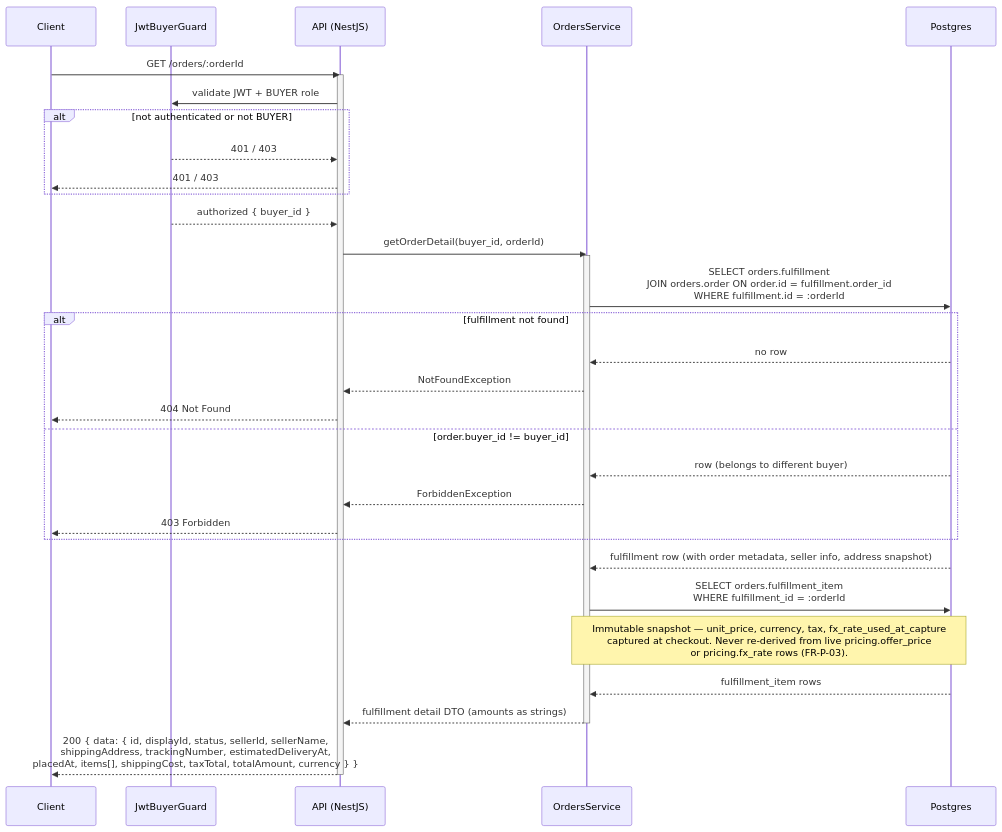
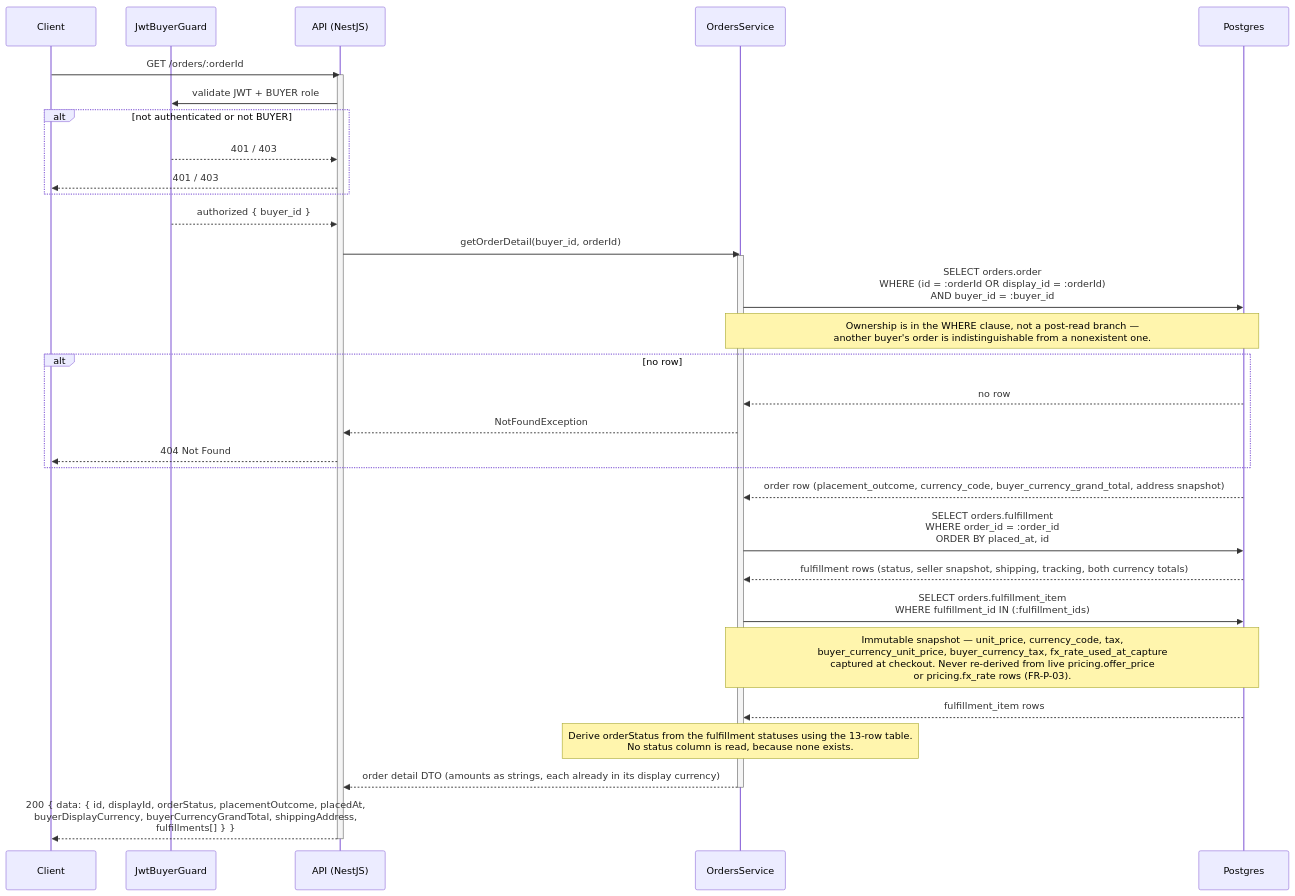
The third of 3 diagrams in phase-1/technical-design/api-design/orders.md (alisa-uthi/aliceut-ecom-document), drawn with Mermaid before and after one commit. The commit also changed other lines of this file and 73 other files, not shown here.

````diff
--- a/phase-1/technical-design/api-design/orders.md
+++ b/phase-1/technical-design/api-design/orders.md
@@ -388,37 +572,37 @@
 ```mermaid
 sequenceDiagram
     participant C as Client
     participant G as JwtBuyerGuard
     participant A as API (NestJS)
     participant O as OrdersService
     participant P as Postgres
 
     C->>A: GET /orders/:orderId
     activate A
     A->>G: validate JWT + BUYER role
     alt not authenticated or not BUYER
         G-->>A: 401 / 403
         A-->>C: 401 / 403
     end
     G-->>A: authorized { buyer_id }
     A->>O: getOrderDetail(buyer_id, orderId)
     activate O
-    O->>P: SELECT orders.fulfillment<br/>JOIN orders.order ON order.id = fulfillment.order_id<br/>WHERE fulfillment.id = :orderId
-    alt fulfillment not found
+    O->>P: SELECT orders.order<br/>WHERE (id = :orderId OR display_id = :orderId)<br/>AND buyer_id = :buyer_id
+    Note over O,P: Ownership is in the WHERE clause, not a post-read branch —<br/>another buyer's order is indistinguishable from a nonexistent one.
+    alt no row
         P-->>O: no row
         O-->>A: NotFoundException
         A-->>C: 404 Not Found
-    else order.buyer_id != buyer_id
-        P-->>O: row (belongs to different buyer)
-        O-->>A: ForbiddenException
-        A-->>C: 403 Forbidden
     end
-    P-->>O: fulfillment row (with order metadata, seller info, address snapshot)
-    O->>P: SELECT orders.fulfillment_item<br/>WHERE fulfillment_id = :orderId
-    Note over O,P: Immutable snapshot — unit_price, currency, tax, fx_rate_used_at_capture<br/>captured at checkout. Never re-derived from live pricing.offer_price<br/>or pricing.fx_rate rows (FR-P-03).
+    P-->>O: order row (placement_outcome, currency_code, buyer_currency_grand_total, address snapshot)
+    O->>P: SELECT orders.fulfillment<br/>WHERE order_id = :order_id<br/>ORDER BY placed_at, id
+    P-->>O: fulfillment rows (status, seller snapshot, shipping, tracking, both currency totals)
+    O->>P: SELECT orders.fulfillment_item<br/>WHERE fulfillment_id IN (:fulfillment_ids)
+    Note over O,P: Immutable snapshot — unit_price, currency_code, tax,<br/>buyer_currency_unit_price, buyer_currency_tax, fx_rate_used_at_capture<br/>captured at checkout. Never re-derived from live pricing.offer_price<br/>or pricing.fx_rate rows (FR-P-03).
     P-->>O: fulfillment_item rows
-    O-->>A: fulfillment detail DTO (amounts as strings)
+    Note over O: Derive orderStatus from the fulfillment statuses using the 13-row table.<br/>No status column is read, because none exists.
+    O-->>A: order detail DTO (amounts as strings, each already in its display currency)
     deactivate O
-    A-->>C: 200 { data: { id, displayId, status, sellerId, sellerName,<br/>  shippingAddress, trackingNumber, estimatedDeliveryAt,<br/>  placedAt, items[], shippingCost, taxTotal, totalAmount, currency } }
+    A-->>C: 200 { data: { id, displayId, orderStatus, placementOutcome, placedAt,<br/>  buyerDisplayCurrency, buyerCurrencyGrandTotal, shippingAddress,<br/>  fulfillments[] } }
     deactivate A
 ```
````
